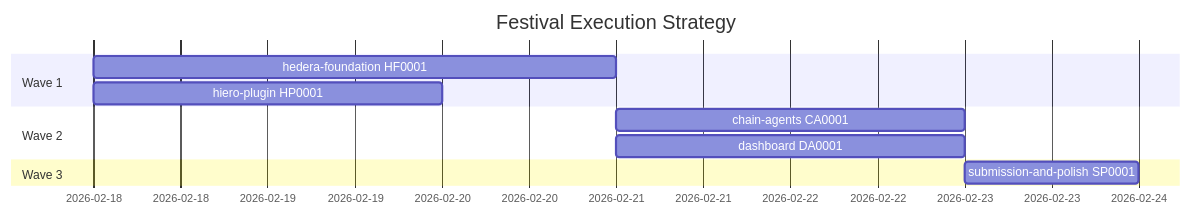
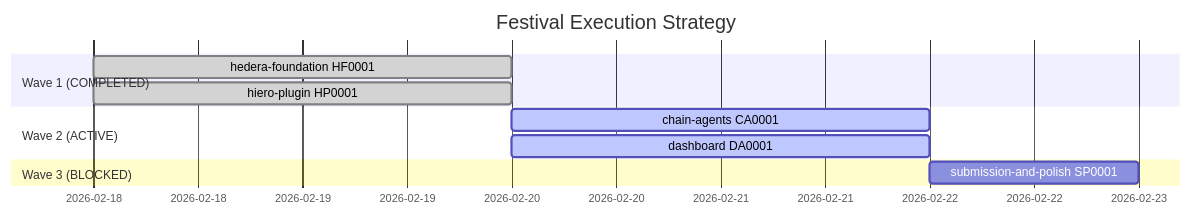
Before and after one commit to lancekrogers/Obey-Agent-Economy: the diagram in workflow/design/ethdenver-agent-economy/festival_execution_strategy/README.md, drawn with Mermaid. The commit also changed other lines of this file, not shown here.

Commit message:
[OBEY-CAMPAIGN-1f270d35] Updated execution strategy with current festival statuses

````diff
--- a/workflow/design/ethdenver-agent-economy/festival_execution_strategy/README.md
+++ b/workflow/design/ethdenver-agent-economy/festival_execution_strategy/README.md
@@ -187,16 +203,16 @@
 ```mermaid
 gantt
     title Festival Execution Strategy
     dateFormat YYYY-MM-DD
 
-    section Wave 1
-    hedera-foundation HF0001    :hf, 2026-02-18, 3d
-    hiero-plugin HP0001         :hp, 2026-02-18, 2d
+    section Wave 1 (COMPLETED)
+    hedera-foundation HF0001    :done, hf, 2026-02-18, 2026-02-20
+    hiero-plugin HP0001         :done, hp, 2026-02-18, 2026-02-20
 
-    section Wave 2
-    chain-agents CA0001         :ca, after hf, 2d
-    dashboard DA0001            :da, after hf, 2d
+    section Wave 2 (ACTIVE)
+    chain-agents CA0001         :active, ca, 2026-02-20, 2d
+    dashboard DA0001            :active, da, 2026-02-20, 2d
 
-    section Wave 3
-    submission-and-polish SP0001 :sp, after ca da hp, 1d
+    section Wave 3 (BLOCKED)
+    submission-and-polish SP0001 :sp, after ca da, 1d
 ```
````
